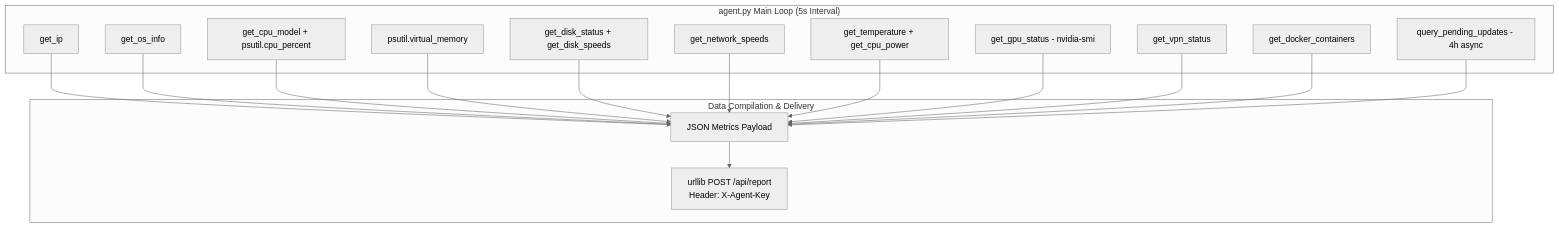
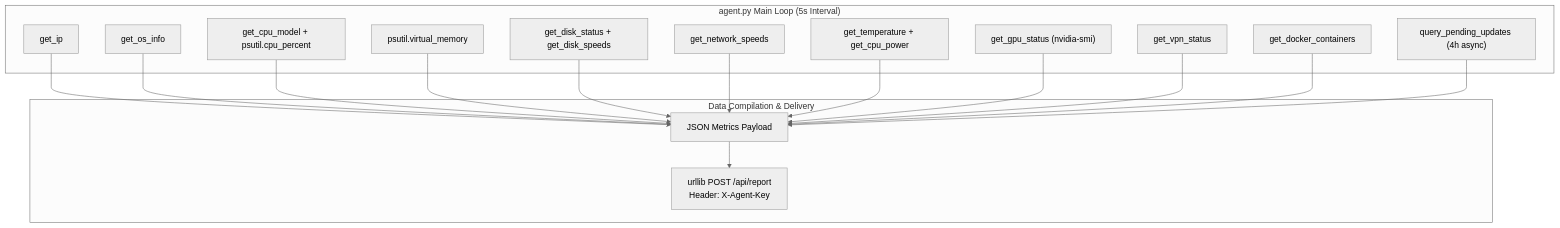
Before and after one commit to Muhammad-Haziq911/monitoringDashboard: the first of 2 diagrams in docs/AGENT_GUIDE.md, drawn with Mermaid (neutral theme). The commit also changed other lines of this file and 2 other files, not shown here.

Commit message:
docs: Update agent guide and architecture documentation for clarity and consistency

````diff
--- a/docs/AGENT_GUIDE.md
+++ b/docs/AGENT_GUIDE.md
@@ -14,35 +14,35 @@
 ```mermaid
 graph TD
     subgraph "agent.py Main Loop (5s Interval)"
-        IP[get_ip]
-        OS[get_os_info]
-        CPU[get_cpu_model + psutil.cpu_percent]
-        MEM[psutil.virtual_memory]
-        DISK[get_disk_status + get_disk_speeds]
-        NET[get_network_speeds]
-        SENS[get_temperature + get_cpu_power]
-        GPU[get_gpu_status - nvidia-smi]
-        VPN[get_vpn_status]
-        DOCK[get_docker_containers]
-        UPD[query_pending_updates - 4h async]
+        IP["get_ip"]
+        OS["get_os_info"]
+        CPU["get_cpu_model + psutil.cpu_percent"]
+        MEM["psutil.virtual_memory"]
+        DISK["get_disk_status + get_disk_speeds"]
+        NET["get_network_speeds"]
+        SENS["get_temperature + get_cpu_power"]
+        GPU["get_gpu_status (nvidia-smi)"]
+        VPN["get_vpn_status"]
+        DOCK["get_docker_containers"]
+        UPD["query_pending_updates (4h async)"]
     end
 
     subgraph "Data Compilation & Delivery"
-        PAYLOAD[JSON Metrics Payload]
-        SEND[urllib POST /api/report<br/>Header: X-Agent-Key]
+        PAYLOAD["JSON Metrics Payload"]
+        SEND["urllib POST /api/report<br/>Header: X-Agent-Key"]
     end
 
     IP --> PAYLOAD
     OS --> PAYLOAD
     CPU --> PAYLOAD
     MEM --> PAYLOAD
     DISK --> PAYLOAD
     NET --> PAYLOAD
     SENS --> PAYLOAD
     GPU --> PAYLOAD
     VPN --> PAYLOAD
     DOCK --> PAYLOAD
     UPD --> PAYLOAD
 
     PAYLOAD --> SEND
 ```
````
